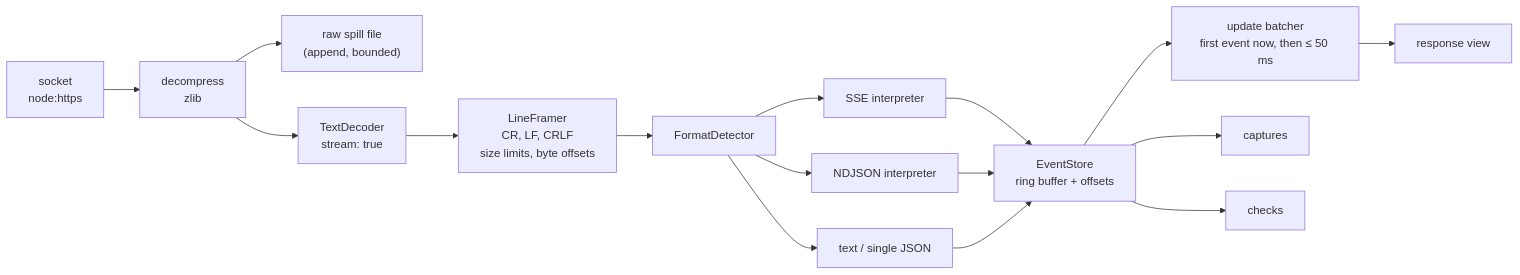
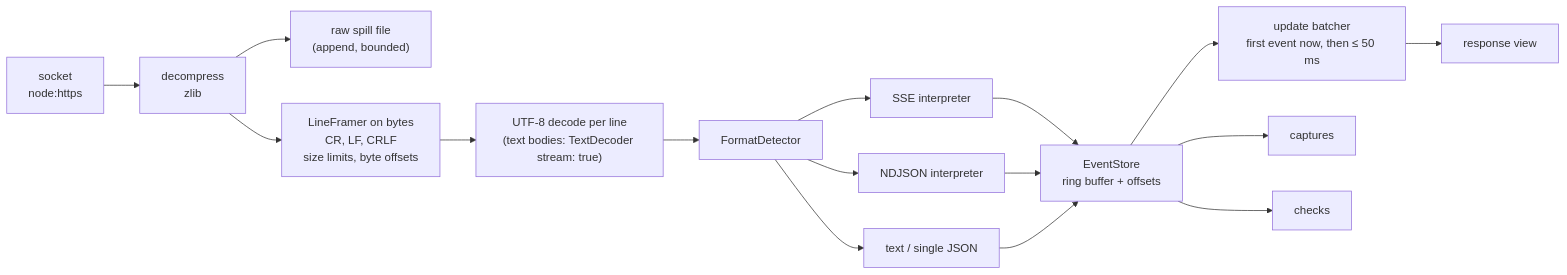
One commit to achrafelkhnissi/streamscope changed the second of 3 diagrams in docs/design.md. Above: the diagram before and after it, drawn with Mermaid. The commit also changed other lines of this file and 1 other file, not shown here.

````diff
--- a/docs/design.md
+++ b/docs/design.md
@@ -222,18 +222,18 @@
 ```mermaid
 flowchart LR
   Socket["socket<br/>node:https"] --> Decomp["decompress<br/>zlib"]
   Decomp --> Spill["raw spill file<br/>(append, bounded)"]
-  Decomp --> Decode["TextDecoder<br/>stream: true"]
-  Decode --> Frame["LineFramer<br/>CR, LF, CRLF<br/>size limits, byte offsets"]
-  Frame --> Detect["FormatDetector"]
+  Decomp --> Frame["LineFramer on bytes<br/>CR, LF, CRLF<br/>size limits, byte offsets"]
+  Frame --> Decode["UTF-8 decode per line<br/>(text bodies: TextDecoder stream: true)"]
+  Decode --> Detect["FormatDetector"]
   Detect --> SSE["SSE interpreter"]
   Detect --> ND["NDJSON interpreter"]
   Detect --> Text["text / single JSON"]
   SSE --> Store["EventStore<br/>ring buffer + offsets"]
   ND --> Store
   Text --> Store
   Store --> Batch["update batcher<br/>first event now, then ≤ 50 ms"]
   Batch --> UI["response view"]
   Store --> Cap["captures"]
   Store --> Chk["checks"]
 ```
````
